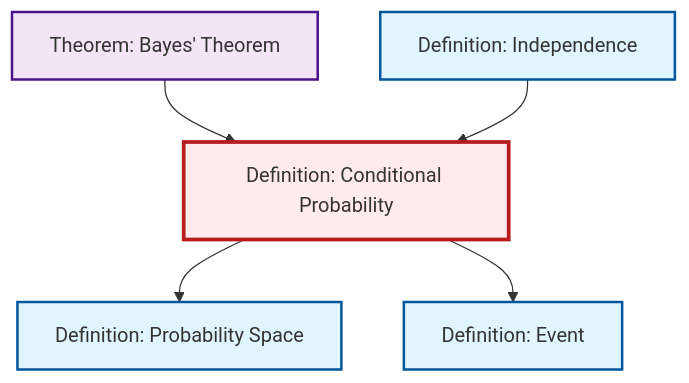
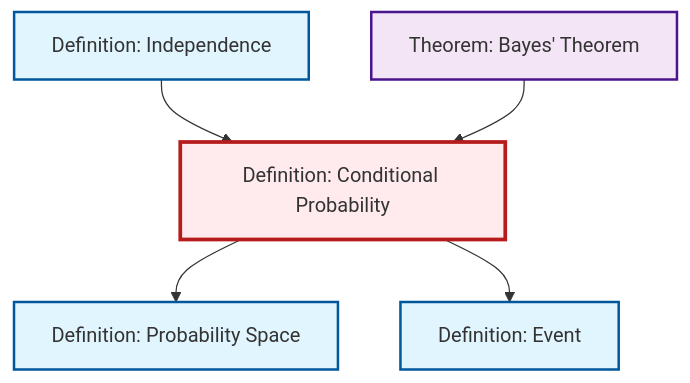
Before and after one commit to RK0429/ModernMath: the diagram in content/ja/probability-statistics/def-conditional-probability.qmd, drawn with Mermaid. The commit also changed other lines of this file and 531 other files, not shown here.

````diff
--- a/content/ja/probability-statistics/def-conditional-probability.qmd
+++ b/content/ja/probability-statistics/def-conditional-probability.qmd
@@ -70,23 +70,23 @@
 ```{mermaid}
 %%| fig-cap: "Local dependency graph"
 graph TD
     classDef definition fill:#e1f5fe,stroke:#01579b,stroke-width:2px
     classDef theorem fill:#f3e5f5,stroke:#4a148c,stroke-width:2px
     classDef axiom fill:#fff3e0,stroke:#e65100,stroke-width:2px
     classDef example fill:#e8f5e9,stroke:#1b5e20,stroke-width:2px
     classDef current fill:#ffebee,stroke:#b71c1c,stroke-width:3px
+    thm-bayes["Theorem: Bayes' Theorem"]:::theorem
+    def-probability-space["Definition: Probability Space"]:::definition
+    def-event["Definition: Event"]:::definition
     def-conditional-probability["Definition: Conditional Probability"]:::definition
-    def-event["Definition: Event"]:::definition
-    thm-bayes["Theorem: Bayes' Theorem"]:::theorem
     def-independence["Definition: Independence"]:::definition
-    def-probability-space["Definition: Probability Space"]:::definition
+    def-conditional-probability --> def-probability-space
+    def-independence --> def-conditional-probability
     thm-bayes --> def-conditional-probability
-    def-conditional-probability --> def-probability-space
     def-conditional-probability --> def-event
-    def-independence --> def-conditional-probability
     class def-conditional-probability current
+    click thm-bayes "thm-bayes.html" "Theorem: Bayes' Theoremへ"
+    click def-probability-space "def-probability-space.html" "Definition: Probability Spaceへ"
     click def-event "def-event.html" "Definition: Eventへ"
-    click thm-bayes "thm-bayes.html" "Theorem: Bayes' Theoremへ"
     click def-independence "def-independence.html" "Definition: Independenceへ"
-    click def-probability-space "def-probability-space.html" "Definition: Probability Spaceへ"
 ```
````
